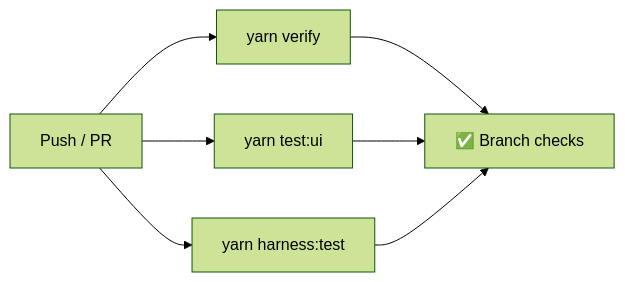
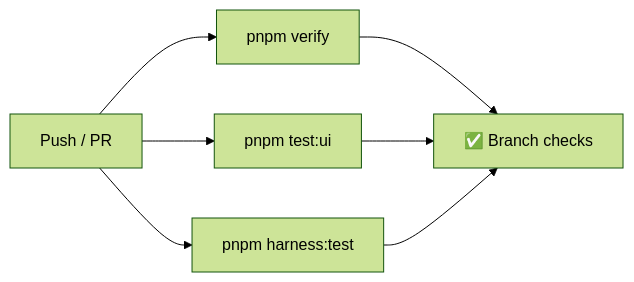
One commit to blendsdk/porta-identity changed the fourth of 5 diagrams in techdocs/architecture/infrastructure.md. Above: the diagram before and after it, drawn with Mermaid (forest theme). The commit also changed other lines of this file and 29 other files, not shown here.

````diff
--- a/techdocs/architecture/infrastructure.md
+++ b/techdocs/architecture/infrastructure.md
@@ -134,9 +134,9 @@
 ```mermaid
 graph LR
-    PUSH[Push / PR] --> VERIFY[yarn verify]
-    PUSH --> UI[yarn test:ui]
-    PUSH --> HARNESS[yarn harness:test]
+    PUSH[Push / PR] --> VERIFY[pnpm verify]
+    PUSH --> UI[pnpm test:ui]
+    PUSH --> HARNESS[pnpm harness:test]
     VERIFY --> PASS[✅ Branch checks]
     UI --> PASS
     HARNESS --> PASS
 ```
````
